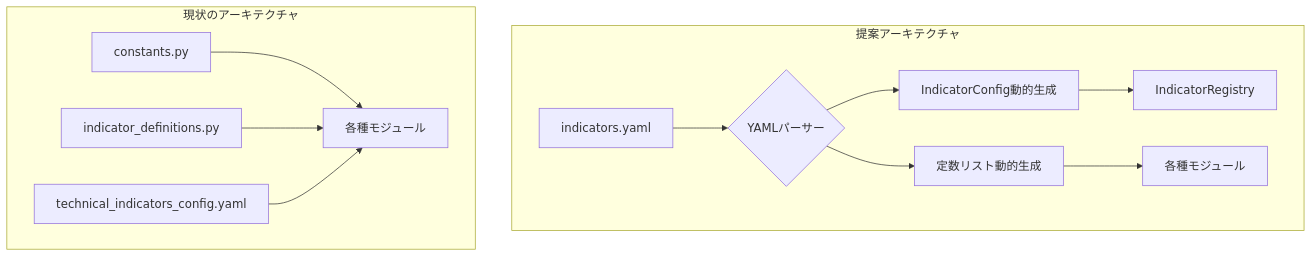
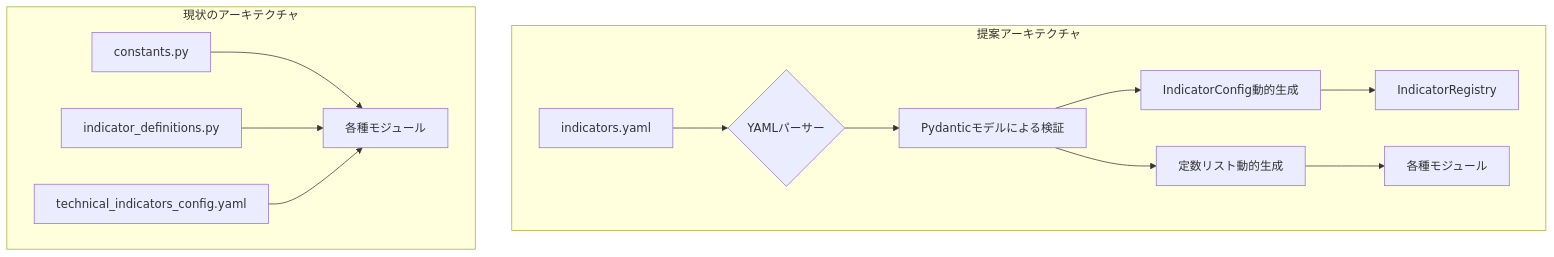
One commit to bads1de/trdinger changed the diagram in indicator_refactoring_proposal.md. Above: the diagram before and after it, drawn with Mermaid. The commit also changed other lines of this file and 4 other files, not shown here.

````diff
--- a/indicator_refactoring_proposal.md
+++ b/indicator_refactoring_proposal.md
@@ -59,16 +56,17 @@
 ```mermaid
 graph TD
     subgraph "提案アーキテクチャ"
         A[indicators.yaml] --> B{YAMLパーサー};
-        B --> C[IndicatorConfig動的生成];
-        C --> D[IndicatorRegistry];
-        B --> E[定数リスト動的生成];
-        E --> F[各種モジュール];
+        B --> C[Pydanticモデルによる検証];
+        C --> D[IndicatorConfig動的生成];
+        D --> E[IndicatorRegistry];
+        C --> F[定数リスト動的生成];
+        F --> G[各種モジュール];
     end
 
     subgraph "現状のアーキテクチャ"
-        G[constants.py] --> H;
-        I[indicator_definitions.py] --> H;
-        J[technical_indicators_config.yaml] --> H[各種モジュール];
+        H[constants.py] --> I;
+        J[indicator_definitions.py] --> I;
+        K[technical_indicators_config.yaml] --> I[各種モジュール];
     end
 ```
````
